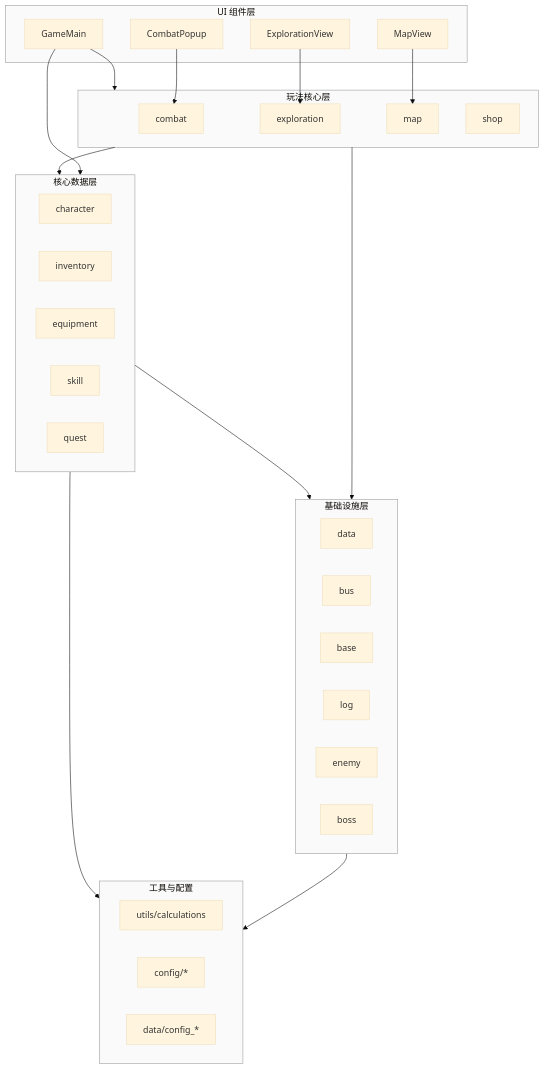
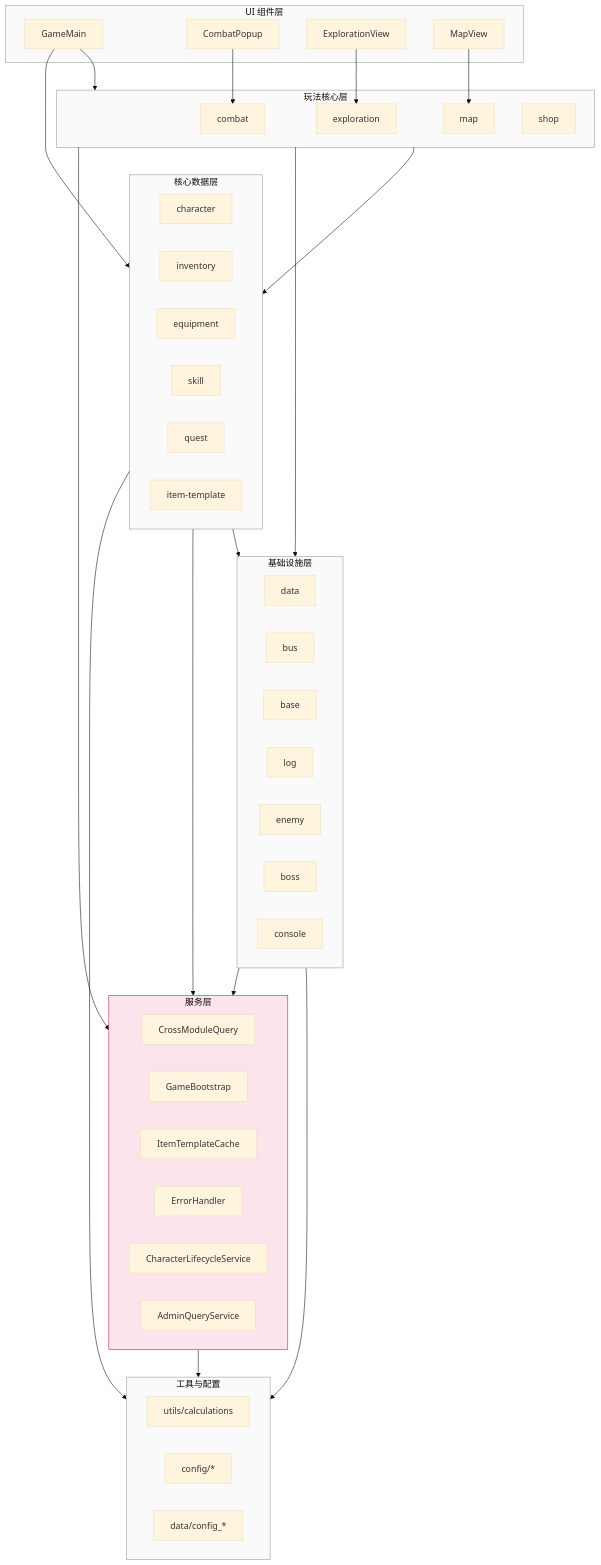
The second of 10 diagrams in doc/project/DEPENDENCY_GRAPH.md (SonDemigods/wow_dnd), drawn with Mermaid (base theme) before and after one commit. The commit also changed other lines of this file and 4 other files, not shown here.

````diff
--- a/doc/project/DEPENDENCY_GRAPH.md
+++ b/doc/project/DEPENDENCY_GRAPH.md
@@ -177,56 +202,74 @@
 ```mermaid
 graph TD
     subgraph L4[UI 组件层]
         GameMain
         CombatPopup
         ExplorationView
         MapView
     end
 
     subgraph L3[玩法核心层]
         combat
         exploration
         map
         shop
     end
 
     subgraph L2[核心数据层]
         character
         inventory
         equipment
         skill
         quest
+        itemTemplate[item-template]
     end
 
     subgraph L1[基础设施层]
         data
         bus
         base
         log
         enemy
         boss
+        console
+    end
+
+    subgraph S[服务层]
+        crossModuleQuery[CrossModuleQuery]
+        gameBootstrap[GameBootstrap]
+        itemTemplateCache[ItemTemplateCache]
+        errorHandler[ErrorHandler]
+        characterLifecycle[CharacterLifecycleService]
+        adminQuery[AdminQueryService]
     end
 
     subgraph L0[工具与配置]
         calculations[utils/calculations]
         config[config/*]
         dataFiles[data/config_*]
     end
 
     GameMain --> L3
     GameMain --> L2
     CombatPopup --> combat
     ExplorationView --> exploration
     MapView --> map
 
     L3 --> L2
     L3 --> L1
+    L3 --> S
 
     L2 --> L1
+    L2 --> S
+    L2 --> L0
 
     L1 --> L0
-    L2 --> L0
+    L1 --> S
+
+    S --> L0
 
     classDef layer fill:#fafafa,stroke:#999
+    classDef serviceLayer fill:#fce4ec,stroke:#c2185b
     class L4,L3,L2,L1,L0 layer
+    class S serviceLayer
 ```
````
